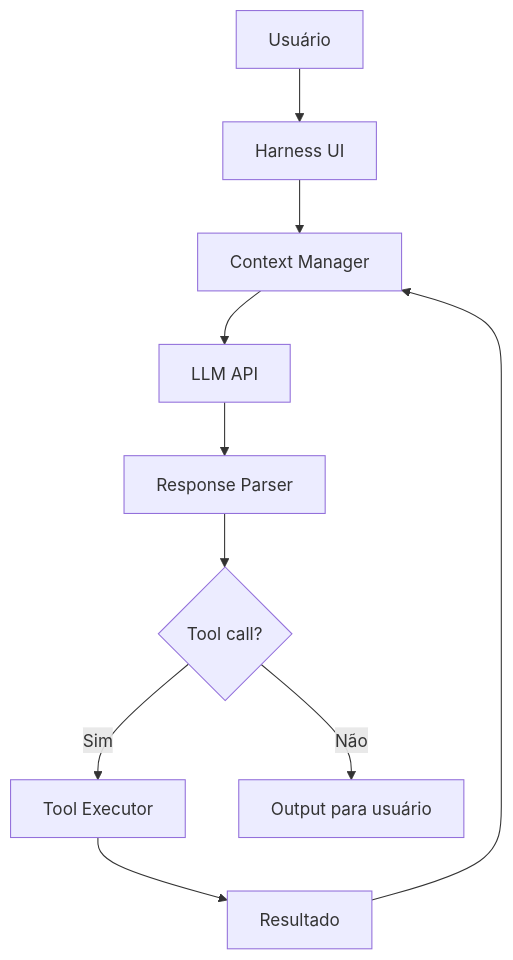
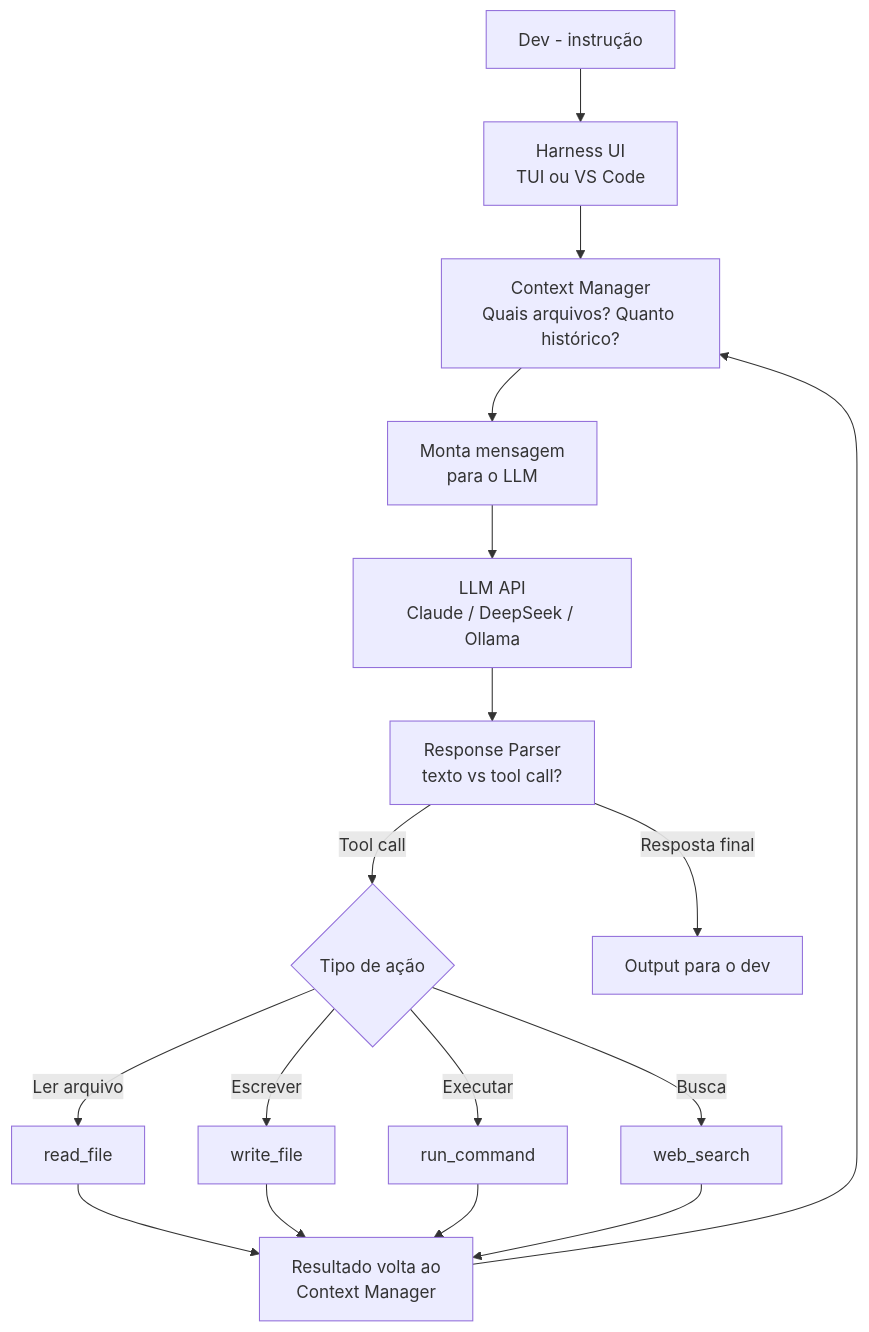
The diagram in 03-Dominios/Tecnologia/IA/Agentes de Codificação/10 - OpenCode — o harness open source.md (josenaldo/codex-technomanticus), drawn with Mermaid before and after one commit. The commit also changed other lines of this file, not shown here.

````diff
--- a/03-Dominios/Tecnologia/IA/Agentes de Codificação/10 - OpenCode — o harness open source.md
+++ b/03-Dominios/Tecnologia/IA/Agentes de Codificação/10 - OpenCode — o harness open source.md
@@ -80,12 +73,16 @@
 ```mermaid
 graph TD
-    A[Usuário] --> B[Harness UI]
-    B --> C[Context Manager]
-    C --> D[LLM API]
-    D --> E[Response Parser]
-    E --> F{Tool call?}
-    F -->|Sim| G[Tool Executor]
-    G --> H[Resultado]
-    H --> C
-    F -->|Não| I[Output para usuário]
+    A[Dev - instrução] --> B[Harness UI\nTUI ou VS Code]
+    B --> C[Context Manager\nQuais arquivos? Quanto histórico?]
+    C --> D[Monta mensagem\npara o LLM]
+    D --> E[LLM API\nClaude / DeepSeek / Ollama]
+    E --> F[Response Parser\ntexto vs tool call?]
+    F -->|Tool call| G{Tipo de ação}
+    G -->|Ler arquivo| H[read_file]
+    G -->|Escrever| I[write_file]
+    G -->|Executar| J[run_command]
+    G -->|Busca| K[web_search]
+    H & I & J & K --> L[Resultado volta ao\nContext Manager]
+    L --> C
+    F -->|Resposta final| M[Output para o dev]
 ```
````
